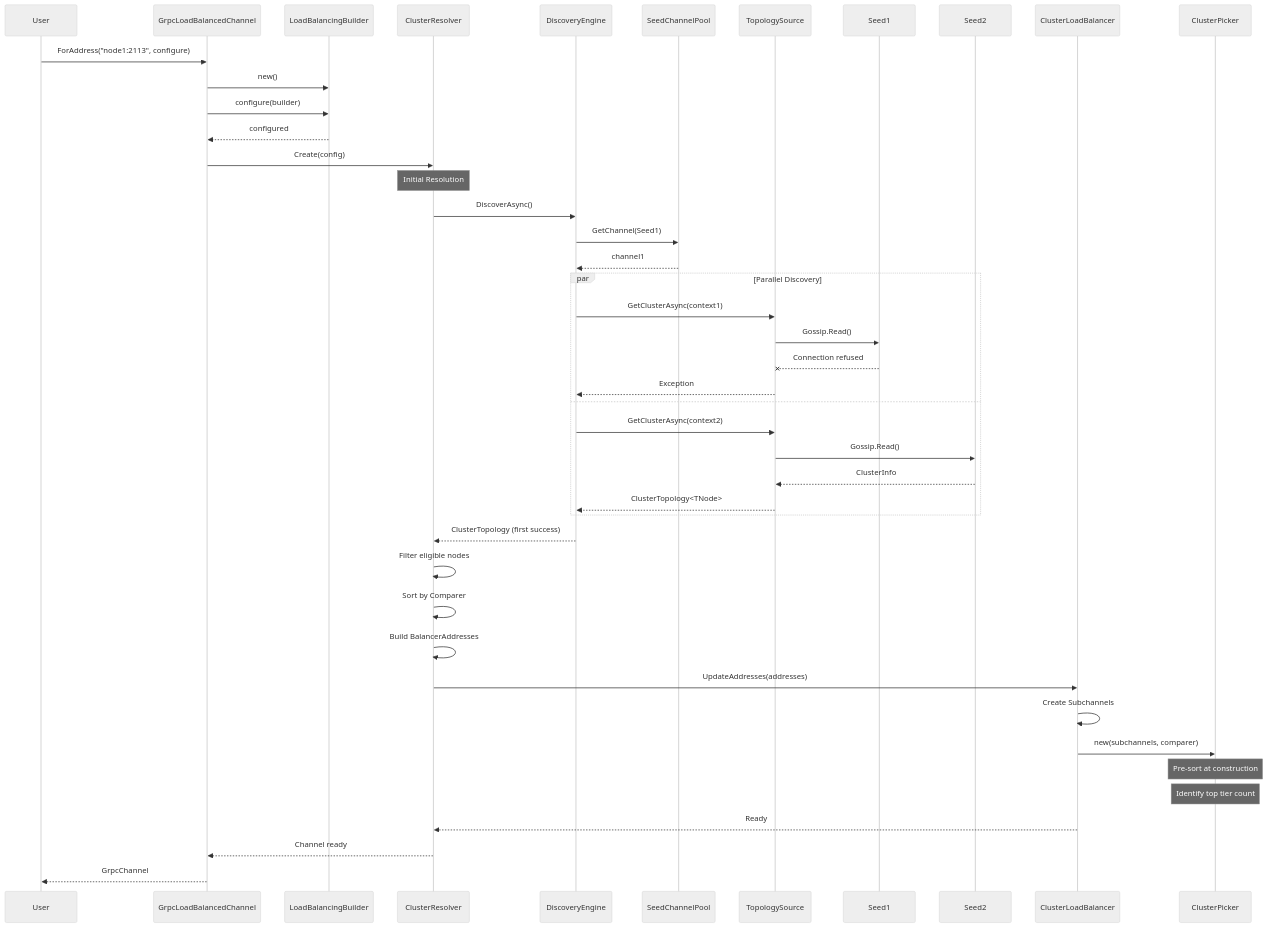
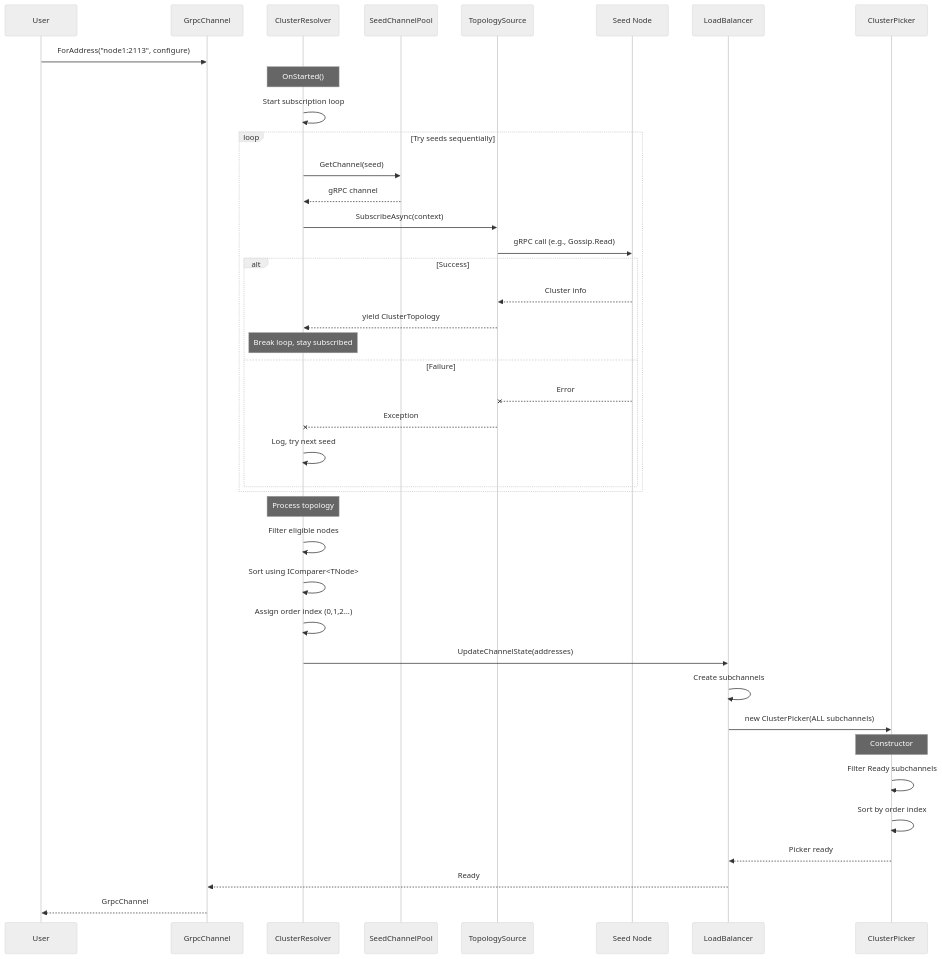
One commit to RagingKore/claude-code-context changed the first of 5 diagrams in GRPC_LOAD_BALANCER_SPEC.md. Above: the diagram before and after it, drawn with Mermaid (neutral theme). The commit also changed other lines of this file, not shown here.

````diff
--- a/GRPC_LOAD_BALANCER_SPEC.md
+++ b/GRPC_LOAD_BALANCER_SPEC.md
@@ -813,56 +514,52 @@
 ```mermaid
 sequenceDiagram
     participant User
-    participant GrpcLoadBalancedChannel
-    participant LoadBalancingBuilder
-    participant ClusterResolver
-    participant DiscoveryEngine
-    participant SeedChannelPool
-    participant TopologySource
-    participant Seed1
-    participant Seed2
-    participant ClusterLoadBalancer
-    participant ClusterPicker
+    participant Channel as GrpcChannel
+    participant Resolver as ClusterResolver
+    participant Pool as SeedChannelPool
+    participant Source as TopologySource
+    participant Seed as Seed Node
+    participant LB as LoadBalancer
+    participant Picker as ClusterPicker
 
-    User->>GrpcLoadBalancedChannel: ForAddress("node1:2113", configure)
-    GrpcLoadBalancedChannel->>LoadBalancingBuilder: new()
-    GrpcLoadBalancedChannel->>LoadBalancingBuilder: configure(builder)
-    LoadBalancingBuilder-->>GrpcLoadBalancedChannel: configured
+    User->>Channel: ForAddress("node1:2113", configure)
 
-    GrpcLoadBalancedChannel->>ClusterResolver: Create(config)
+    Note over Resolver: OnStarted()
+    Resolver->>Resolver: Start subscription loop
 
-    Note over ClusterResolver: Initial Resolution
-    ClusterResolver->>DiscoveryEngine: DiscoverAsync()
+    loop Try seeds sequentially
+        Resolver->>Pool: GetChannel(seed)
+        Pool-->>Resolver: gRPC channel
 
-    DiscoveryEngine->>SeedChannelPool: GetChannel(Seed1)
-    SeedChannelPool-->>DiscoveryEngine: channel1
+        Resolver->>Source: SubscribeAsync(context)
+        Source->>Seed: gRPC call (e.g., Gossip.Read)
 
-    par Parallel Discovery
-        DiscoveryEngine->>TopologySource: GetClusterAsync(context1)
-        TopologySource->>Seed1: Gossip.Read()
-        Seed1--xTopologySource: Connection refused
-        TopologySource-->>DiscoveryEngine: Exception
-    and
-        DiscoveryEngine->>TopologySource: GetClusterAsync(context2)
-        TopologySource->>Seed2: Gossip.Read()
-        Seed2-->>TopologySource: ClusterInfo
-        TopologySource-->>DiscoveryEngine: ClusterTopology<TNode>
+        alt Success
+            Seed-->>Source: Cluster info
+            Source-->>Resolver: yield ClusterTopology
+            Note over Resolver: Break loop, stay subscribed
+        else Failure
+            Seed--xSource: Error
+            Source--xResolver: Exception
+            Resolver->>Resolver: Log, try next seed
+        end
     end
 
-    DiscoveryEngine-->>ClusterResolver: ClusterTopology (first success)
+    Note over Resolver: Process topology
+    Resolver->>Resolver: Filter eligible nodes
+    Resolver->>Resolver: Sort using IComparer<TNode>
+    Resolver->>Resolver: Assign order index (0,1,2...)
 
-    ClusterResolver->>ClusterResolver: Filter eligible nodes
-    ClusterResolver->>ClusterResolver: Sort by Comparer
-    ClusterResolver->>ClusterResolver: Build BalancerAddresses
-    ClusterResolver->>ClusterLoadBalancer: UpdateAddresses(addresses)
+    Resolver->>LB: UpdateChannelState(addresses)
 
-    ClusterLoadBalancer->>ClusterLoadBalancer: Create Subchannels
-    ClusterLoadBalancer->>ClusterPicker: new(subchannels, comparer)
+    LB->>LB: Create subchannels
+    LB->>Picker: new ClusterPicker(ALL subchannels)
 
-    Note over ClusterPicker: Pre-sort at construction
-    Note over ClusterPicker: Identify top tier count
+    Note over Picker: Constructor
+    Picker->>Picker: Filter Ready subchannels
+    Picker->>Picker: Sort by order index
 
-    ClusterLoadBalancer-->>ClusterResolver: Ready
-    ClusterResolver-->>GrpcLoadBalancedChannel: Channel ready
-    GrpcLoadBalancedChannel-->>User: GrpcChannel
+    Picker-->>LB: Picker ready
+    LB-->>Channel: Ready
+    Channel-->>User: GrpcChannel
 ```
````
